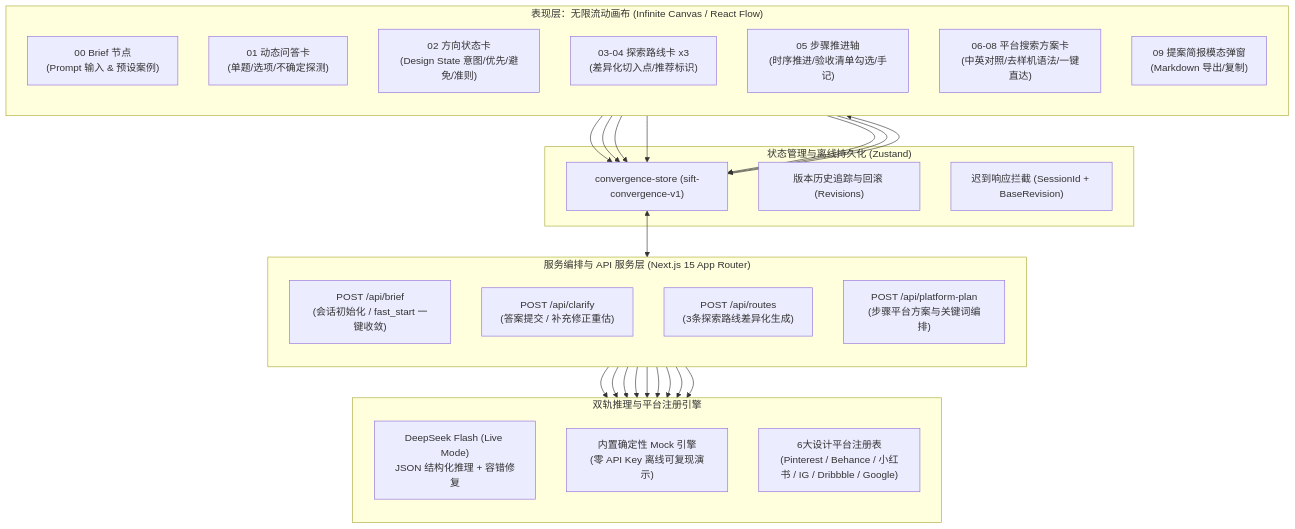
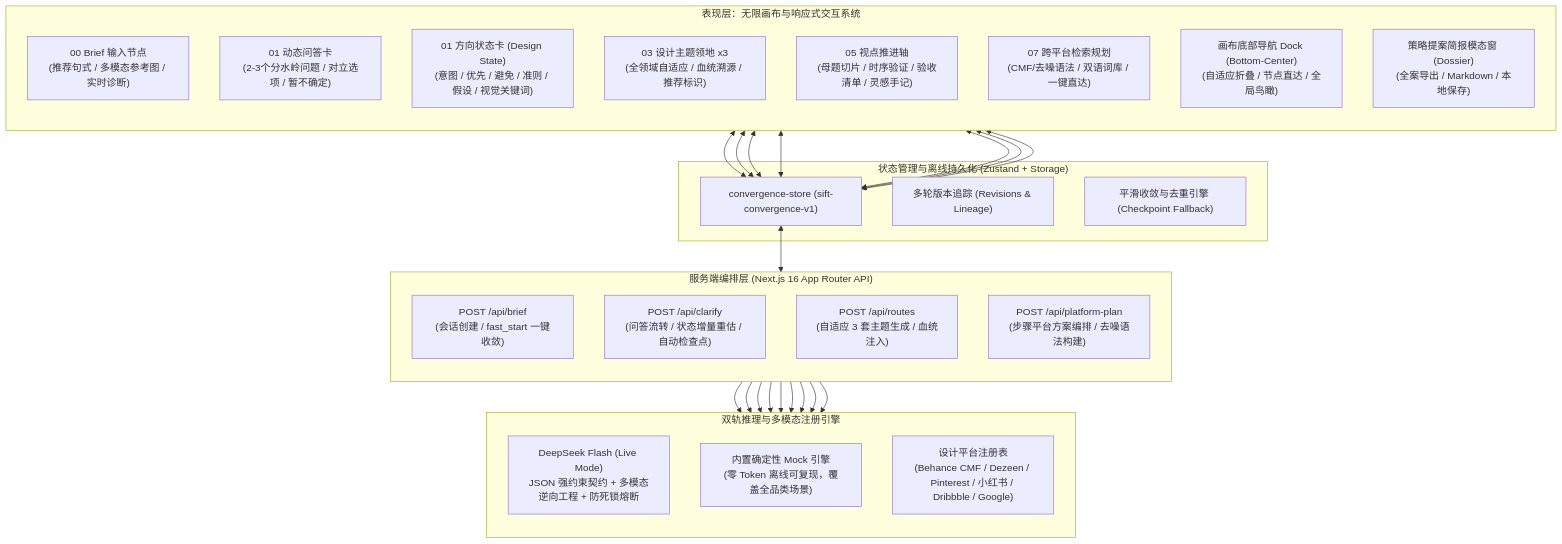
The first of 6 diagrams in docs/SIFT_PRD_AND_USER_FLOW.md (imLeyson/SIFT-Veribox), drawn with Mermaid before and after one commit. The commit also changed other lines of this file, not shown here.

Commit message:
docs: update PRD and user flow specification to v3.0

````diff
--- a/docs/SIFT_PRD_AND_USER_FLOW.md
+++ b/docs/SIFT_PRD_AND_USER_FLOW.md
@@ -89,49 +98,41 @@
 ```mermaid
 flowchart TD
-    subgraph UI_Layer ["表现层：无限流动画布 (Infinite Canvas / React Flow)"]
+    subgraph Client_Layer ["表现层：无限画布与响应式交互系统"]
         direction TB
-        Node00["00 Brief 节点\n(Prompt 输入 & 预设案例)"]
-        Node01["01 动态问答卡\n(单题/选项/不确定探测)"]
-        Node02["02 方向状态卡\n(Design State 意图/优先/避免/准则)"]
-        Node03["03-04 探索路线卡 x3\n(差异化切入点/推荐标识)"]
-        Node05["05 步骤推进轴\n(时序推进/验收清单勾选/手记)"]
-        Node07["06-08 平台搜索方案卡\n(中英对照/去样机语法/一键直达)"]
-        ModalDossier["09 提案简报模态弹窗\n(Markdown 导出/复制)"]
+        Node00["00 Brief 输入节点\n(推荐句式 / 多模态参考图 / 实时诊断)"]
+        Node01["01 动态问答卡\n(2-3个分水岭问题 / 对立选项 / 暂不确定)"]
+        Node02["01 方向状态卡 (Design State)\n(意图 / 优先 / 避免 / 准则 / 假设 / 视觉关键词)"]
+        Node03["03 设计主题领地 x3\n(全领域自适应 / 血统溯源 / 推荐标识)"]
+        Node05["05 视点推进轴\n(母题切片 / 时序验证 / 验收清单 / 灵感手记)"]
+        Node07["07 跨平台检索规划\n(CMF/去噪语法 / 双语词库 / 一键直达)"]
+        BottomDock["画布底部导航 Dock (Bottom-Center)\n(自适应折叠 / 节点直达 / 全局鸟瞰)"]
+        ModalDossier["策略提案简报模态窗 (Dossier)\n(全案导出 / Markdown / 本地保存)"]
     end
 
-    subgraph State_Layer ["状态管理与离线持久化 (Zustand)"]
+    subgraph State_Layer ["状态管理与离线持久化 (Zustand + Storage)"]
         Store["convergence-store (sift-convergence-v1)"]
-        HistoryManager["版本历史追踪与回滚 (Revisions)"]
-        ConcurrencyLock["迟到响应拦截 (SessionId + BaseRevision)"]
+        HistoryManager["多轮版本追踪 (Revisions & Lineage)"]
+        GracefulEngine["平滑收敛与去重引擎 (Checkpoint Fallback)"]
     end
 
-    subgraph Orchestrator_Layer ["服务编排与 API 服务层 (Next.js 15 App Router)"]
+    subgraph Server_Layer ["服务端编排层 (Next.js 16 App Router API)"]
         direction TB
-        APIBrief["POST /api/brief\n(会话初始化 / fast_start 一键收敛)"]
-        APIClarify["POST /api/clarify\n(答案提交 / 补充修正重估)"]
-        APIRoutes["POST /api/routes\n(3条探索路线差异化生成)"]
-        APIPlan["POST /api/platform-plan\n(步骤平台方案与关键词编排)"]
+        APIBrief["POST /api/brief\n(会话创建 / fast_start 一键收敛)"]
+        APIClarify["POST /api/clarify\n(问答流转 / 状态增量重估 / 自动检查点)"]
+        APIRoutes["POST /api/routes\n(自适应 3 套主题生成 / 血统注入)"]
+        APIPlan["POST /api/platform-plan\n(步骤平台方案编排 / 去噪语法构建)"]
     end
 
-    subgraph Engine_Layer ["双轨推理与平台注册引擎"]
+    subgraph Engine_Layer ["双轨推理与多模态注册引擎"]
         direction TB
-        LLMLive["DeepSeek Flash (Live Mode)\nJSON 结构化推理 + 容错修复"]
-        LLMMock["内置确定性 Mock 引擎\n(零 API Key 离线可复现演示)"]
-        PlatformRegistry["6大设计平台注册表\n(Pinterest / Behance / 小红书 / IG / Dribbble / Google)"]
+        LLMLive["DeepSeek Flash (Live Mode)\nJSON 强约束契约 + 多模态逆向工程 + 防死锁熔断"]
+        LLMMock["内置确定性 Mock 引擎\n(零 Token 离线可复现，覆盖全品类场景)"]
+        PlatformRegistry["设计平台注册表\n(Behance CMF / Dezeen / Pinterest / 小红书 / Dribbble / Google)"]
     end
 
-    Node00 --> Store
-    Node01 --> Store
-    Node02 --> Store
-    Node03 --> Store
-    Node05 --> Store
-    Node07 --> Store
-    Store --> ModalDossier
-
-    Store <--> Orchestrator_Layer
-    APIBrief --> LLMLive & LLMMock
-    APIClarify --> LLMLive & LLMMock
-    APIRoutes --> LLMLive & LLMMock
-    APIPlan --> LLMLive & LLMMock
+    Node00 & Node01 & Node02 & Node03 & Node05 & Node07 <--> Store
+    BottomDock <--> Store
+    Store <--> Server_Layer
+    APIBrief & APIClarify & APIRoutes & APIPlan --> LLMLive & LLMMock
     APIPlan --> PlatformRegistry
 ```
````
